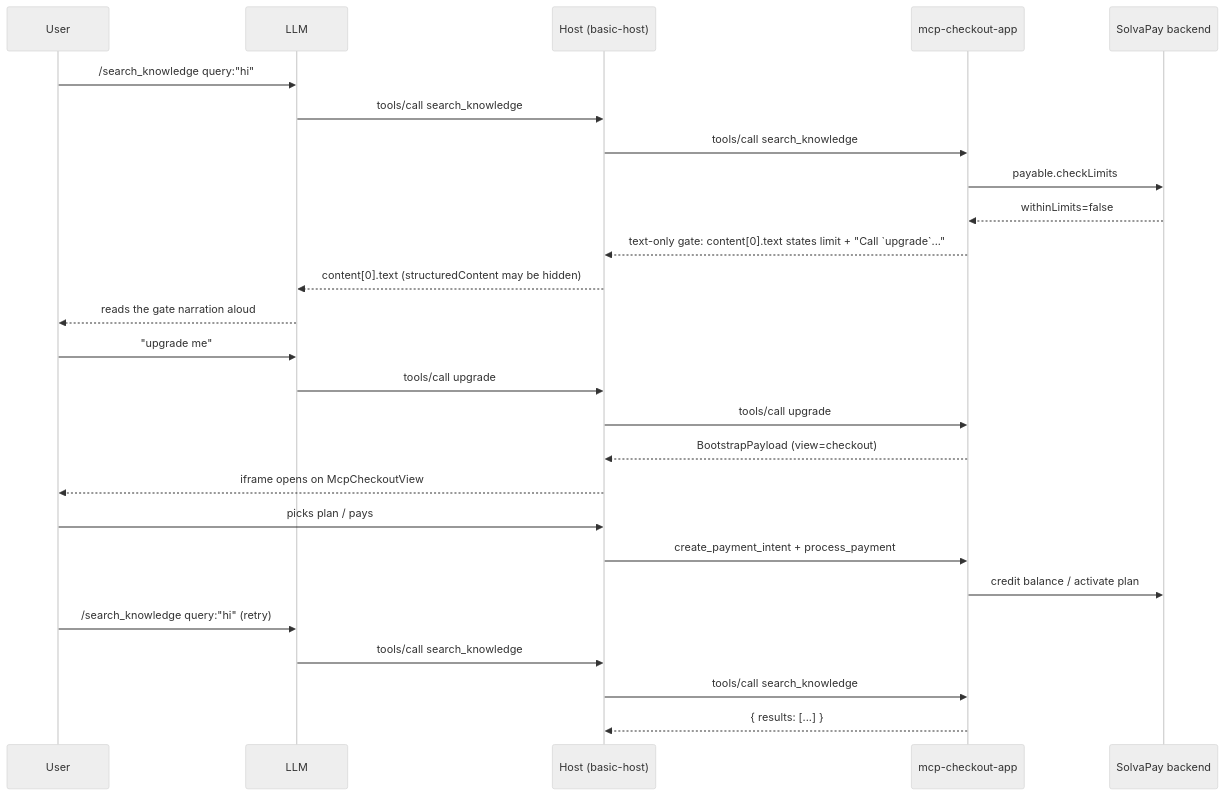
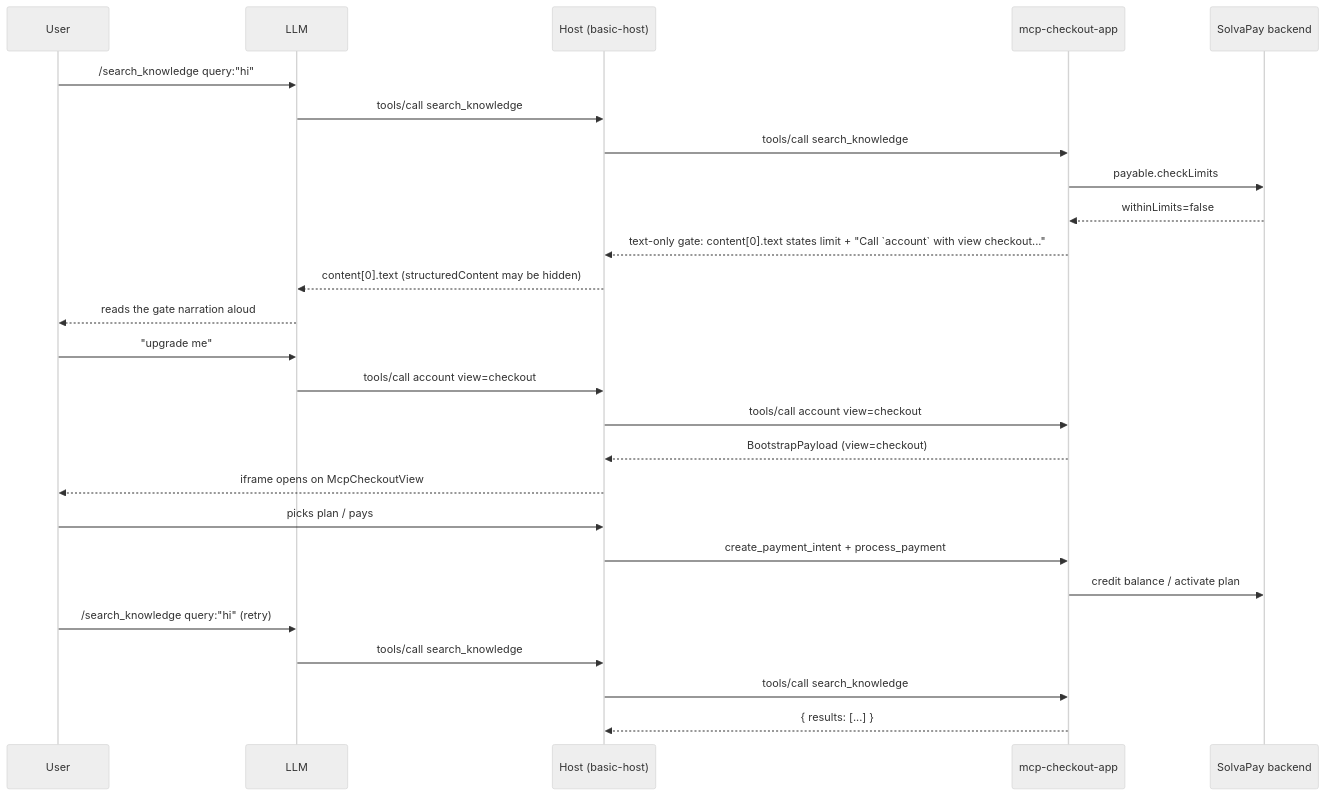
Before and after one commit to solvapay/solvapay-sdk: the third of 3 diagrams in examples/mcp-checkout-app/README.md, drawn with Mermaid (neutral theme). The commit also changed other lines of this file and 21 other files, not shown here.

````diff
--- a/examples/mcp-checkout-app/README.md
+++ b/examples/mcp-checkout-app/README.md
@@ -434,32 +443,32 @@
 ```mermaid
 sequenceDiagram
   participant U as User
   participant LLM as LLM
   participant H as Host (basic-host)
   participant S as mcp-checkout-app
   participant SP as SolvaPay backend
 
   U->>LLM: /search_knowledge query:"hi"
   LLM->>H: tools/call search_knowledge
   H->>S: tools/call search_knowledge
   S->>SP: payable.checkLimits
   SP-->>S: withinLimits=false
-  S-->>H: text-only gate: content[0].text states limit + "Call `upgrade`..."
+  S-->>H: text-only gate: content[0].text states limit + "Call `account` with view checkout..."
   H-->>LLM: content[0].text (structuredContent may be hidden)
   LLM-->>U: reads the gate narration aloud
 
   U->>LLM: "upgrade me"
-  LLM->>H: tools/call upgrade
-  H->>S: tools/call upgrade
+  LLM->>H: tools/call account view=checkout
+  H->>S: tools/call account view=checkout
   S-->>H: BootstrapPayload (view=checkout)
   H-->>U: iframe opens on McpCheckoutView
 
   U->>H: picks plan / pays
   H->>S: create_payment_intent + process_payment
   S->>SP: credit balance / activate plan
 
   U->>LLM: /search_knowledge query:"hi" (retry)
   LLM->>H: tools/call search_knowledge
   H->>S: tools/call search_knowledge
   S-->>H: { results: [...] }
 ```
````
